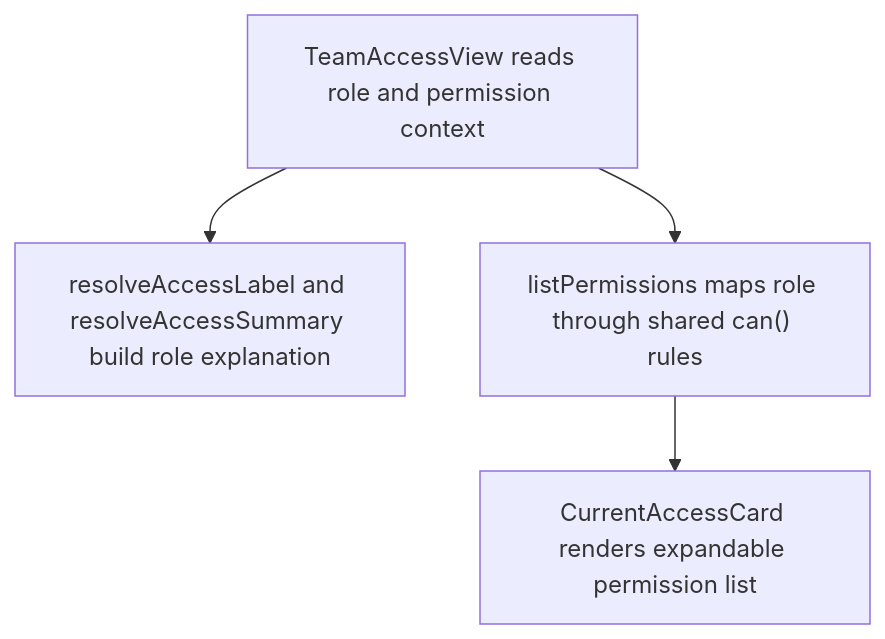
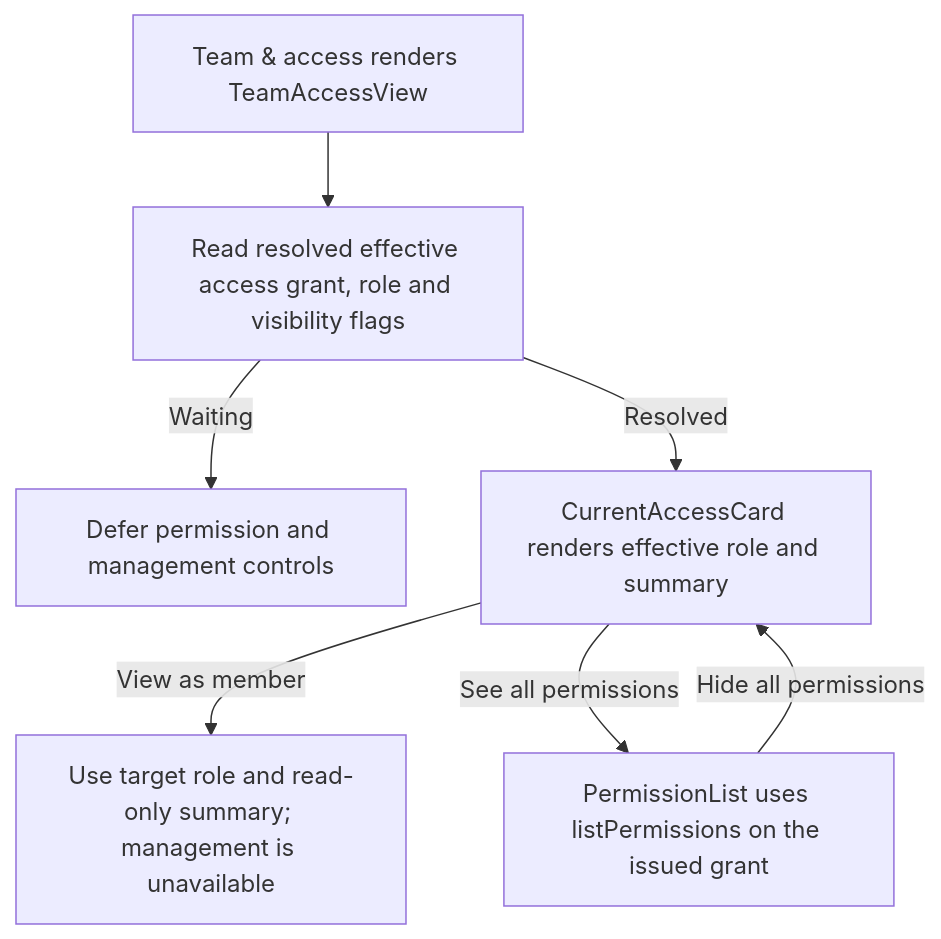
Before and after one commit to Kevinjohn/capacitylens: the second of 2 diagrams in user-stories/settings/US-SET-11-viewer-readonly.md, drawn with Mermaid. The commit also changed other lines of this file and 172 other files, not shown here.

Commit message:
docs: reconcile user story code flows with source

````diff
--- a/user-stories/settings/US-SET-11-viewer-readonly.md
+++ b/user-stories/settings/US-SET-11-viewer-readonly.md
@@ -25,6 +25,9 @@
 ```mermaid
 flowchart TD
-  team["TeamAccessView reads role and permission context"] --> copy["resolveAccessLabel and resolveAccessSummary build role explanation"]
-  team --> caps["listPermissions maps role through shared can() rules"]
-  caps --> render["CurrentAccessCard renders expandable permission list"]
+  route["Team & access renders TeamAccessView"] --> grant["Read resolved effective access grant, role and visibility flags"]
+  grant -->|Waiting| pending["Defer permission and management controls"]
+  grant -->|Resolved| card["CurrentAccessCard renders effective role and summary"]
+  card -->|View as member| projected["Use target role and read-only summary; management is unavailable"]
+  card -->|See all permissions| list["PermissionList uses listPermissions on the issued grant"]
+  list -->|Hide all permissions| card
 ```
````
